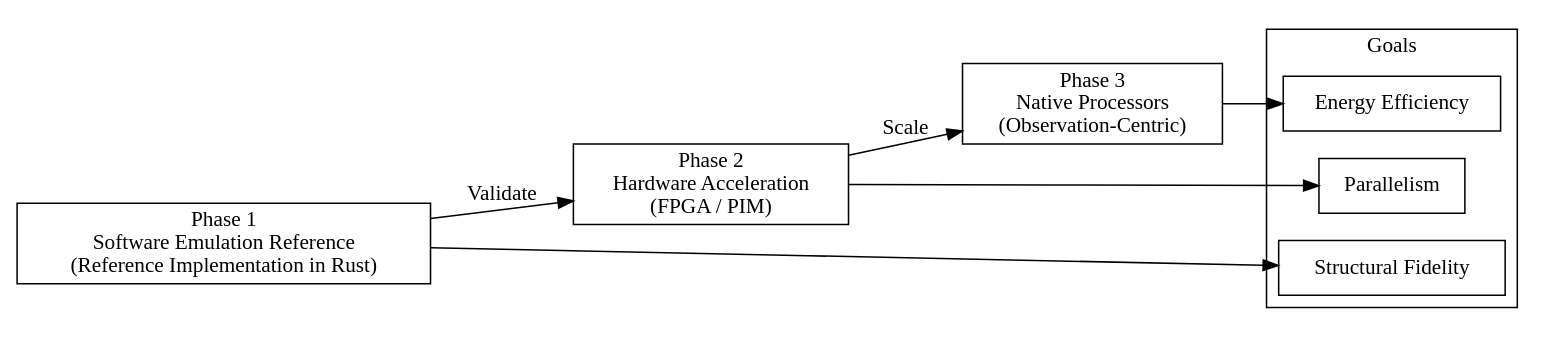
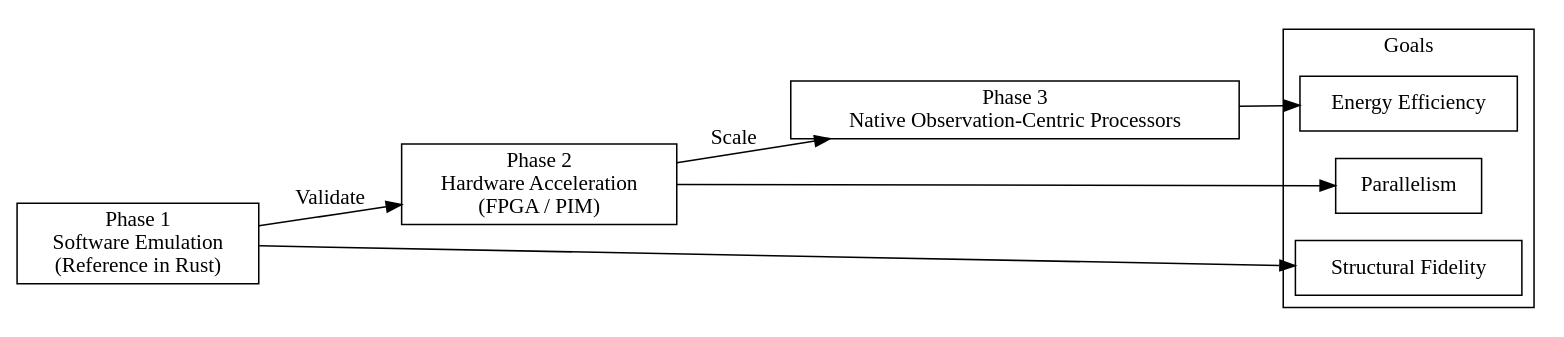
The seventh of 7 diagrams in docs/Whitepaper.qmd (ssccsorg/ssccs), drawn with Graphviz before and after one commit. The commit also changed other lines of this file and 2 other files, not shown here.

````diff
--- a/docs/Whitepaper.qmd
+++ b/docs/Whitepaper.qmd
@@ -574,26 +807,22 @@
 ```{dot}
 //| label: fig-roadmap
 //| fig-cap: "Implementation roadmap: three research phases"
 digraph Implementation_Roadmap {
     rankdir=LR;
     node [shape=rect];
-    
-    Phase1 [label="Phase 1\nSoftware Emulation Reference\n(Reference Implementation in Rust)"];
+    Phase1 [label="Phase 1\nSoftware Emulation\n(Reference in Rust)"];
     Phase2 [label="Phase 2\nHardware Acceleration\n(FPGA / PIM)"];
-    Phase3 [label="Phase 3\nNative Processors\n(Observation-Centric)"];
-    
+    Phase3 [label="Phase 3\nNative Observation-Centric Processors"];
     Phase1 -> Phase2 [label="Validate"];
     Phase2 -> Phase3 [label="Scale"];
-    
     subgraph cluster_goals {
         label="Goals";
         G1 [label="Structural Fidelity"];
         G2 [label="Parallelism"];
         G3 [label="Energy Efficiency"];
     }
-    
     Phase1 -> G1;
     Phase2 -> G2;
     Phase3 -> G3;
 }
 ```
````
